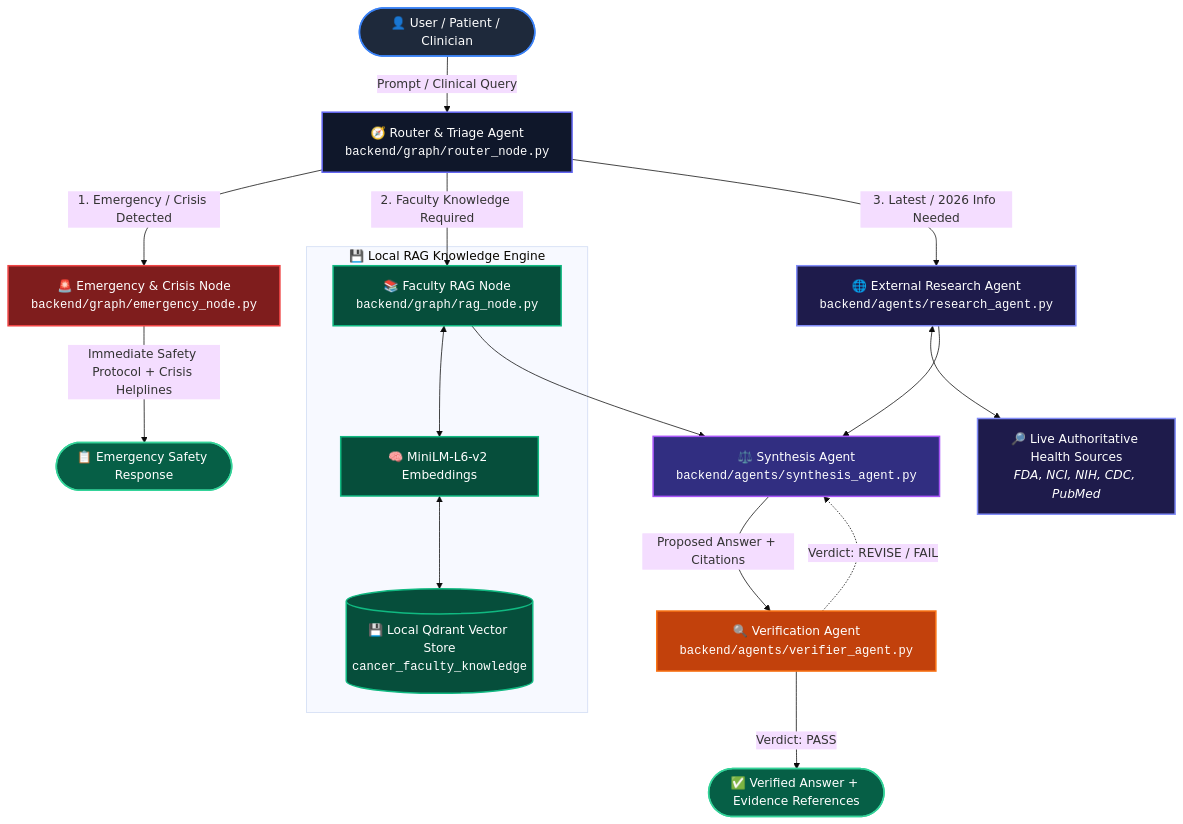
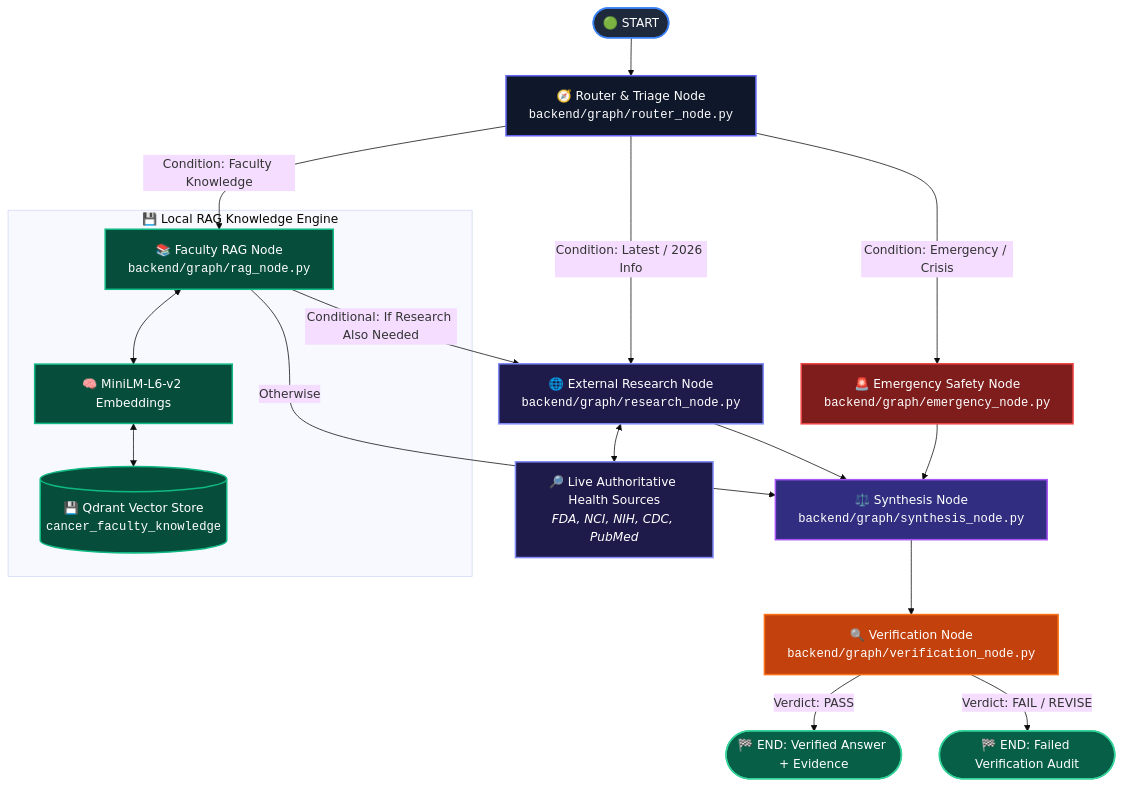
One commit to Snigdha-0210/Cancer-multi-agent changed the first of 3 diagrams in README.md. Above: the diagram before and after it, drawn with Mermaid (base theme). The commit also changed other lines of this file and 1 other file, not shown here.

````diff
--- a/README.md
+++ b/README.md
@@ -86,32 +87,34 @@
 ```mermaid
 flowchart TD
     classDef inputStyle fill:#1e293b,stroke:#3b82f6,stroke-width:2px,color:#fff
     classDef triageStyle fill:#0f172a,stroke:#6366f1,stroke-width:2px,color:#fff
     classDef emergStyle fill:#7f1d1d,stroke:#ef4444,stroke-width:2px,color:#fff
     classDef ragStyle fill:#064e3b,stroke:#10b981,stroke-width:2px,color:#fff
     classDef resStyle fill:#1e1b4b,stroke:#818cf8,stroke-width:2px,color:#fff
     classDef synthStyle fill:#312e81,stroke:#a855f7,stroke-width:2px,color:#fff
     classDef verifStyle fill:#c2410c,stroke:#f97316,stroke-width:2px,color:#fff
     classDef outStyle fill:#065f46,stroke:#34d399,stroke-width:2px,color:#fff
 
-    User([👤 User / Patient / Clinician]):::inputStyle -->|Prompt / Clinical Query| Router[🧭 Router & Triage Agent<br><code>backend/graph/router_node.py</code>]:::triageStyle
+    Start([🟢 START]):::inputStyle --> Router[🧭 Router & Triage Node<br><code>backend/graph/router_node.py</code>]:::triageStyle
     
-    Router -->|1. Emergency / Crisis Detected| EmergencyNode[🚨 Emergency & Crisis Node<br><code>backend/graph/emergency_node.py</code>]:::emergStyle
-    EmergencyNode -->|Immediate Safety Protocol + Crisis Helplines| OutputEmergency([📋 Emergency Safety Response]):::outStyle
+    Router -->|Condition: Emergency / Crisis| EmergencyNode[🚨 Emergency Safety Node<br><code>backend/graph/emergency_node.py</code>]:::emergStyle
+    EmergencyNode --> SynthesisNode[⚖️ Synthesis Node<br><code>backend/graph/synthesis_node.py</code>]:::synthStyle
 
-    Router -->|2. Faculty Knowledge Required| RAGNode[📚 Faculty RAG Node<br><code>backend/graph/rag_node.py</code>]:::ragStyle
+    Router -->|Condition: Faculty Knowledge| RAGNode[📚 Faculty RAG Node<br><code>backend/graph/rag_node.py</code>]:::ragStyle
     subgraph RAG_Layer ["💾 Local RAG Knowledge Engine"]
         RAGNode <--> EmbedModel[🧠 MiniLM-L6-v2 Embeddings]:::ragStyle
-        EmbedModel <--> QdrantDB[(💾 Local Qdrant Vector Store<br><code>cancer_faculty_knowledge</code>)]:::ragStyle
+        EmbedModel <--> QdrantDB[(💾 Qdrant Vector Store<br><code>cancer_faculty_knowledge</code>)]:::ragStyle
     end
 
-    Router -->|3. Latest / 2026 Info Needed| ResearchAgent[🌐 External Research Agent<br><code>backend/agents/research_agent.py</code>]:::resStyle
-    ResearchAgent <--> WebSources[🔎 Live Authoritative Health Sources<br><em>FDA, NCI, NIH, CDC, PubMed</em>]:::resStyle
+    Router -->|Condition: Latest / 2026 Info| ResearchNode[🌐 External Research Node<br><code>backend/graph/research_node.py</code>]:::resStyle
+    ResearchNode <--> WebSources[🔎 Live Authoritative Health Sources<br><em>FDA, NCI, NIH, CDC, PubMed</em>]:::resStyle
 
-    RAGNode & ResearchAgent --> SynthesisNode[⚖️ Synthesis Agent<br><code>backend/agents/synthesis_agent.py</code>]:::synthStyle
+    RAGNode -->|Conditional: If Research Also Needed| ResearchNode
+    RAGNode -->|Otherwise| SynthesisNode
+    ResearchNode --> SynthesisNode
     
-    SynthesisNode -->|Proposed Answer + Citations| VerifierNode[🔍 Verification Agent<br><code>backend/agents/verifier_agent.py</code>]:::verifStyle
+    SynthesisNode --> VerifierNode[🔍 Verification Node<br><code>backend/graph/verification_node.py</code>]:::verifStyle
 
-    VerifierNode -->|Verdict: PASS| OutputVerified([✅ Verified Answer + Evidence References]):::outStyle
-    VerifierNode -.->|Verdict: REVISE / FAIL| SynthesisNode
+    VerifierNode -->|Verdict: PASS| OutputVerified([🏁 END: Verified Answer + Evidence]):::outStyle
+    VerifierNode -->|Verdict: FAIL / REVISE| OutputFail([🏁 END: Failed Verification Audit]):::outStyle
 ```
````
